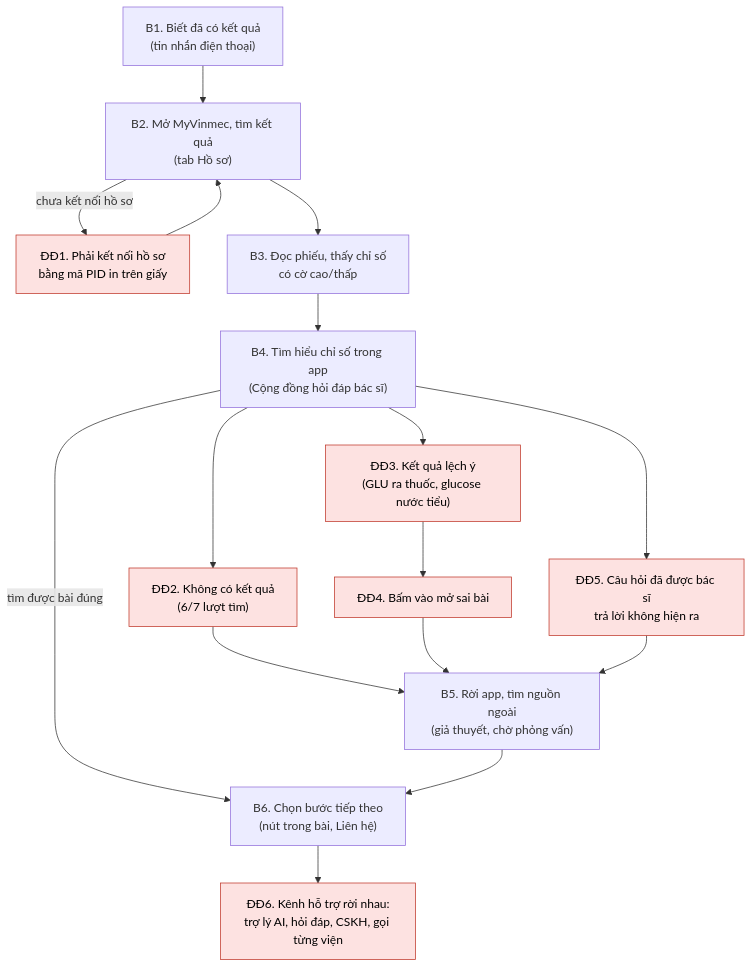
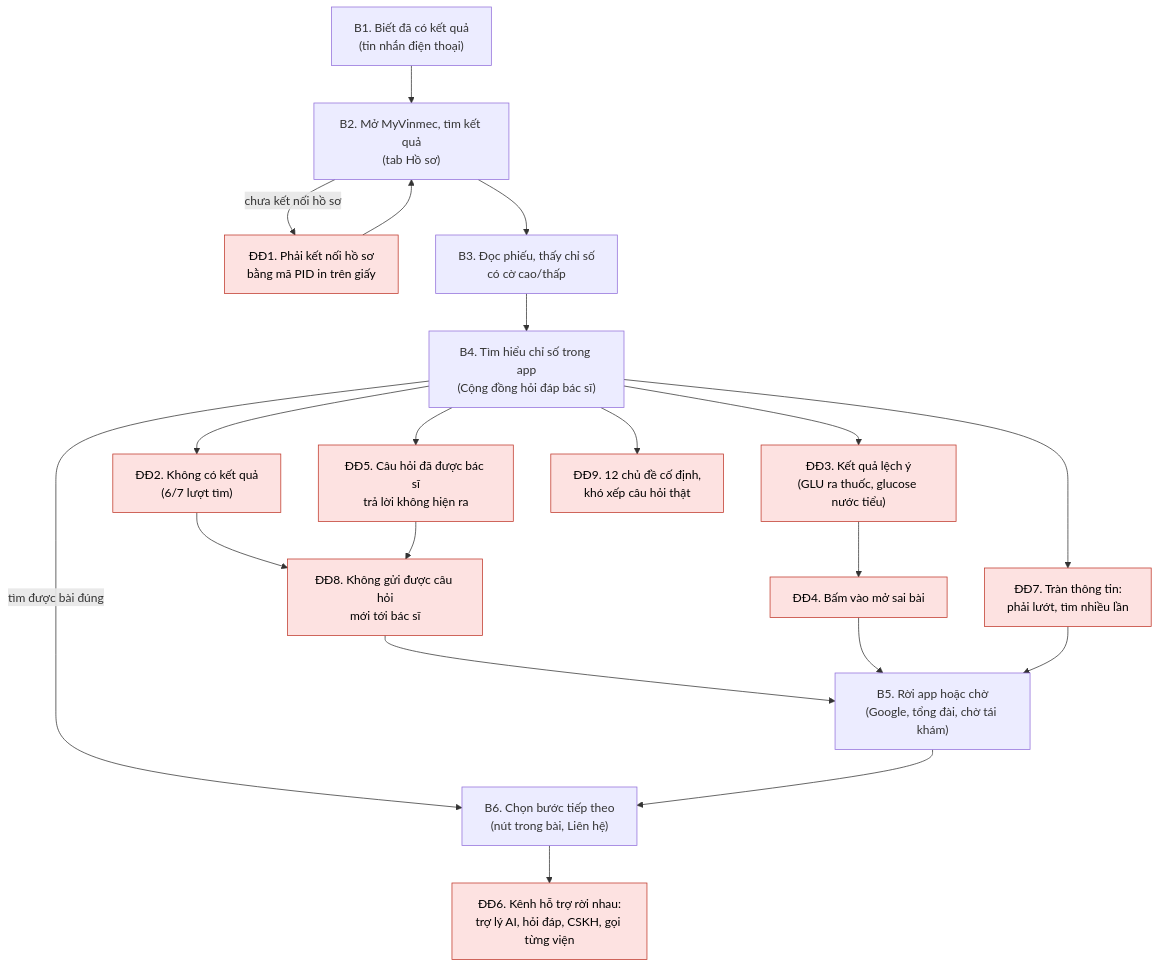
One commit to VuAnh245/vinmec-exploration-sprint changed the diagram in 02-journey-map/journey-map.md. Above: the diagram before and after it, drawn with Mermaid. The commit also changed other lines of this file and 40 other files, not shown here.

````diff
--- a/02-journey-map/journey-map.md
+++ b/02-journey-map/journey-map.md
@@ -12,20 +12,24 @@
 ```mermaid
 flowchart TD
     B1["B1. Biết đã có kết quả<br/>(tin nhắn điện thoại)"] --> B2["B2. Mở MyVinmec, tìm kết quả<br/>(tab Hồ sơ)"]
     B2 -->|chưa kết nối hồ sơ| D1["ĐĐ1. Phải kết nối hồ sơ<br/>bằng mã PID in trên giấy"]
     D1 --> B2
     B2 --> B3["B3. Đọc phiếu, thấy chỉ số<br/>có cờ cao/thấp"]
     B3 --> B4["B4. Tìm hiểu chỉ số trong app<br/>(Cộng đồng hỏi đáp bác sĩ)"]
     B4 --> D2["ĐĐ2. Không có kết quả<br/>(6/7 lượt tìm)"]
     B4 --> D3["ĐĐ3. Kết quả lệch ý<br/>(GLU ra thuốc, glucose nước tiểu)"]
     D3 --> D4["ĐĐ4. Bấm vào mở sai bài"]
     B4 --> D5["ĐĐ5. Câu hỏi đã được bác sĩ<br/>trả lời không hiện ra"]
-    D2 --> B5["B5. Rời app, tìm nguồn ngoài<br/>(giả thuyết, chờ phỏng vấn)"]
+    B4 --> D7["ĐĐ7. Tràn thông tin:<br/>phải lướt, tìm nhiều lần"]
+    B4 --> D9["ĐĐ9. 12 chủ đề cố định,<br/>khó xếp câu hỏi thật"]
+    D2 --> D8["ĐĐ8. Không gửi được câu hỏi<br/>mới tới bác sĩ"]
+    D5 --> D8
+    D8 --> B5["B5. Rời app hoặc chờ<br/>(Google, tổng đài, chờ tái khám)"]
     D4 --> B5
-    D5 --> B5
+    D7 --> B5
     B4 -->|tìm được bài đúng| B6["B6. Chọn bước tiếp theo<br/>(nút trong bài, Liên hệ)"]
     B5 --> B6
     B6 --> D6["ĐĐ6. Kênh hỗ trợ rời nhau:<br/>trợ lý AI, hỏi đáp, CSKH, gọi từng viện"]
     classDef pain fill:#fde2e1,stroke:#c0392b,color:#000
-    class D1,D2,D3,D4,D5,D6 pain
+    class D1,D2,D3,D4,D5,D6,D7,D8,D9 pain
 ```
````
